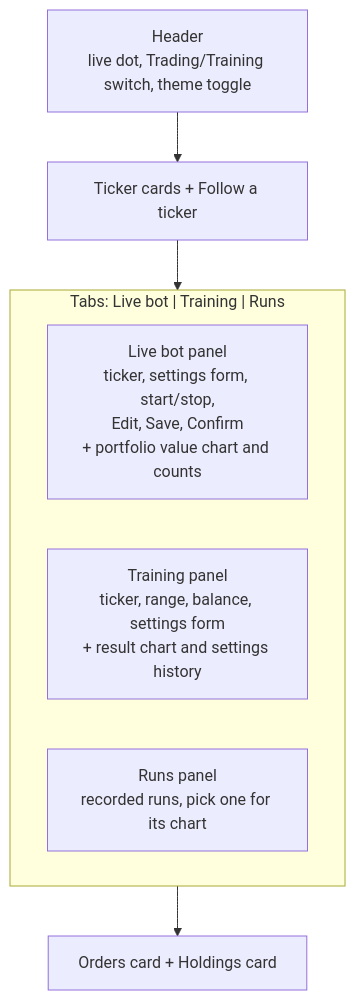
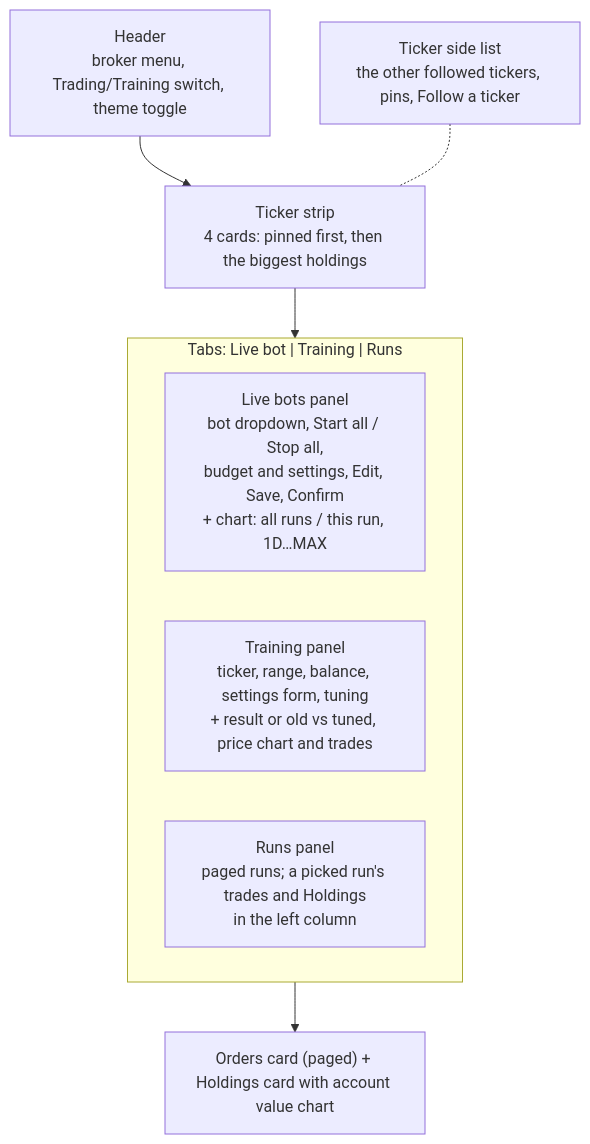
One commit to ShadowOfDiablo/t212-coding-task changed diagram 21 of 33 in docs/ARCHITECTURE.md. Above: the diagram before and after it, drawn with Mermaid. The commit also changed other lines of this file and 1 other file, not shown here.

Commit message:
Bring the README and the architecture doc up to date (#69)

````diff
--- a/docs/ARCHITECTURE.md
+++ b/docs/ARCHITECTURE.md
@@ -1060,12 +1061,14 @@
 ```mermaid
 flowchart TB
-    Header["Header<br/>live dot, Trading/Training switch, theme toggle"]
-    Tickers["Ticker cards + Follow a ticker"]
+    Header["Header<br/>broker menu, Trading/Training switch, theme toggle"]
+    Side["Ticker side list<br/>the other followed tickers, pins, Follow a ticker"]
+    Tickers["Ticker strip<br/>4 cards: pinned first, then the biggest holdings"]
     subgraph Sections["Tabs: Live bot | Training | Runs"]
-        Live["Live bot panel<br/>ticker, settings form, start/stop,<br/>Edit, Save, Confirm<br/>+ portfolio value chart and counts"]
-        Train["Training panel<br/>ticker, range, balance, settings form<br/>+ result chart and settings history"]
-        Runs["Runs panel<br/>recorded runs, pick one for its chart"]
+        Live["Live bots panel<br/>bot dropdown, Start all / Stop all,<br/>budget and settings, Edit, Save, Confirm<br/>+ chart: all runs / this run, 1D…MAX"]
+        Train["Training panel<br/>ticker, range, balance, settings form, tuning<br/>+ result or old vs tuned, price chart and trades"]
+        Runs["Runs panel<br/>paged runs; a picked run's trades and Holdings<br/>in the left column"]
     end
-    Account["Orders card + Holdings card"]
+    Account["Orders card (paged) + Holdings card with account value chart"]
     Header --> Tickers --> Sections --> Account
+    Side -.- Tickers
 ```
````
